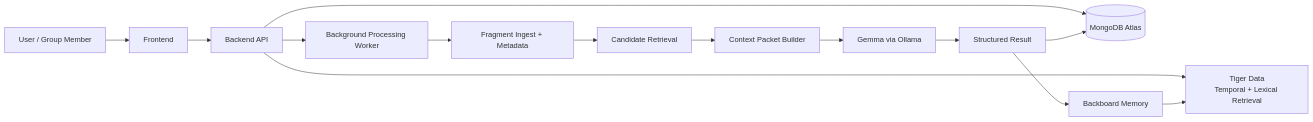
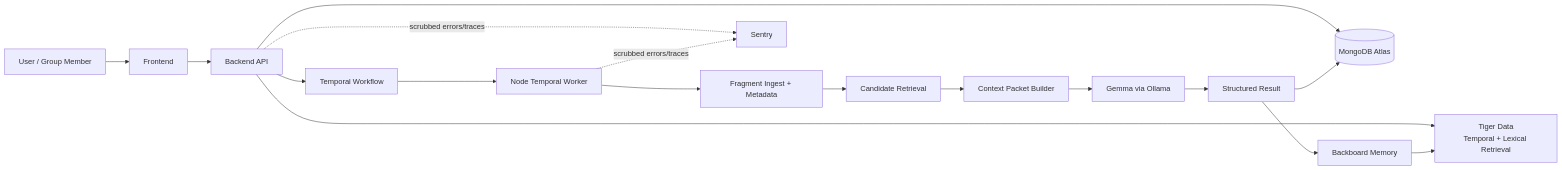
The diagram in ARCHITECTURE.md (srikar-naidu/BetweenUS), drawn with Mermaid before and after one commit. The commit also changed other lines of this file and 10 other files, not shown here.

````diff
--- a/ARCHITECTURE.md
+++ b/ARCHITECTURE.md
@@ -11,16 +11,19 @@
 ```mermaid
 flowchart LR
     U[User / Group Member] --> FE[Frontend]
     FE --> API[Backend API]
     API --> DB[(MongoDB Atlas)]
     API --> RETR[Tiger Data\nTemporal + Lexical Retrieval]
-    API --> WORKER[Background Processing Worker]
+    API --> TEMPORAL[Temporal Workflow]
+    TEMPORAL --> WORKER[Node Temporal Worker]
     WORKER --> INGEST[Fragment Ingest + Metadata]
     INGEST --> CAND[Candidate Retrieval]
     CAND --> PACK[Context Packet Builder]
     PACK --> GEMMA[Gemma via Ollama]
     GEMMA --> OUT[Structured Result]
     OUT --> DB
     OUT --> MEM[Backboard Memory]
     MEM --> RETR
+    API -. scrubbed errors/traces .-> SENTRY[Sentry]
+    WORKER -. scrubbed errors/traces .-> SENTRY
 ```
````
